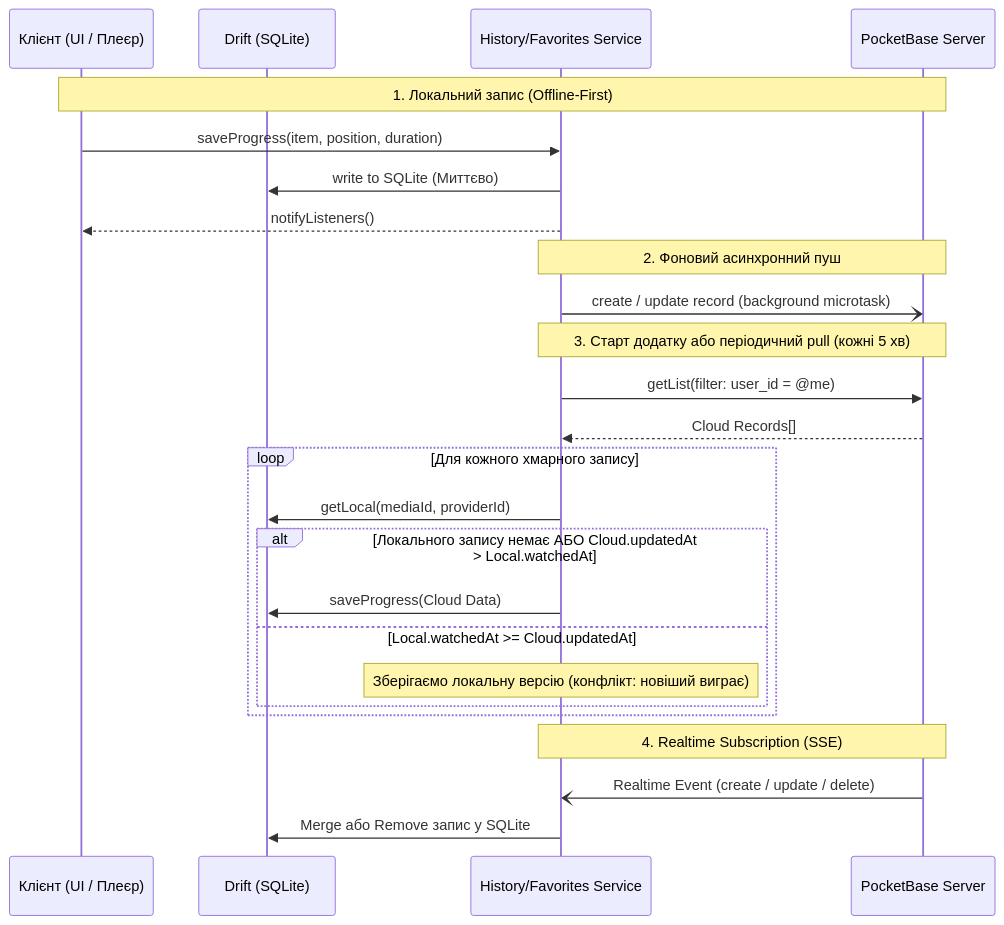
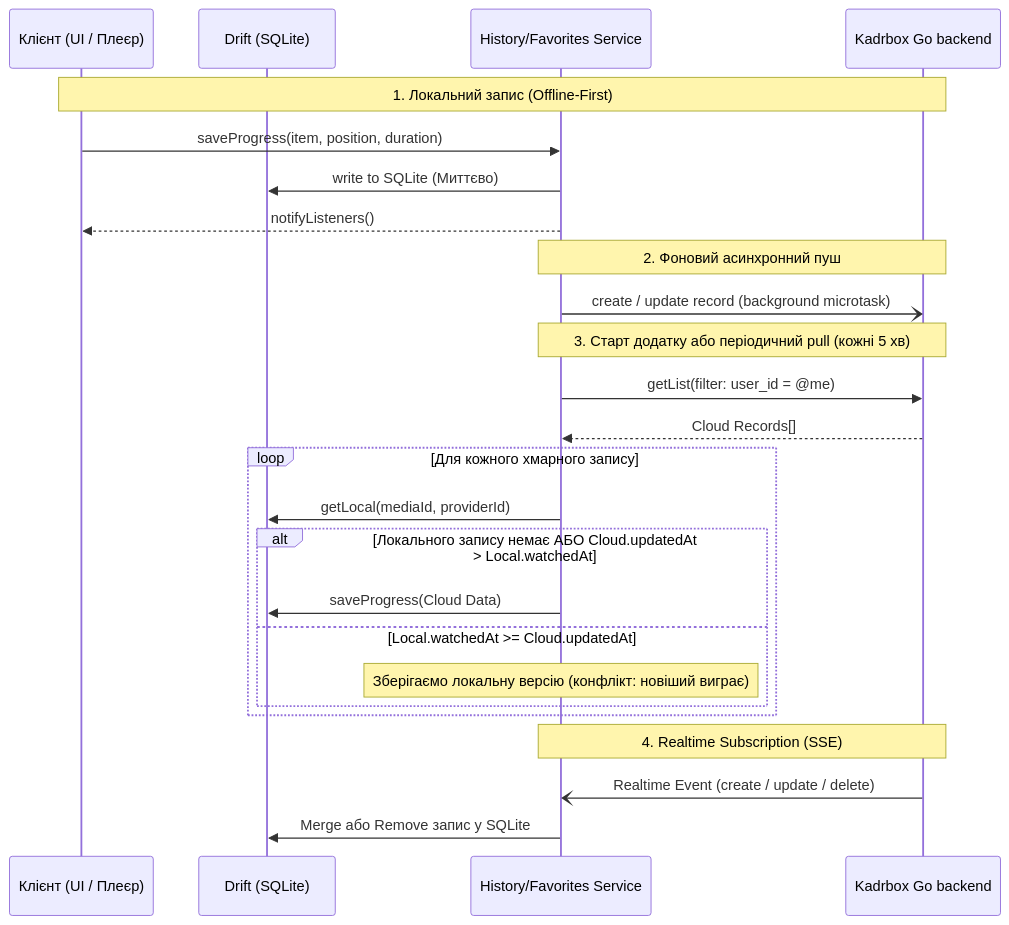
Before and after one commit to edhases/kadrbox: the third of 4 diagrams in docs/03_DATABASE_SYNC_AND_CORE_SERVICES.md, drawn with Mermaid. The commit also changed other lines of this file and 17 other files, not shown here.

````diff
--- a/docs/03_DATABASE_SYNC_AND_CORE_SERVICES.md
+++ b/docs/03_DATABASE_SYNC_AND_CORE_SERVICES.md
@@ -262,31 +262,31 @@
 ```mermaid
 sequenceDiagram
     participant UI as Клієнт (UI / Плеєр)
     participant LocalDB as Drift (SQLite)
     participant Service as History/Favorites Service
-    participant PB as PocketBase Server
+    participant PB as Kadrbox Go backend
 
     Note over UI, PB: 1. Локальний запис (Offline-First)
     UI->>Service: saveProgress(item, position, duration)
     Service->>LocalDB: write to SQLite (Миттєво)
     Service-->>UI: notifyListeners()
     
     Note over Service, PB: 2. Фоновий асинхронний пуш
     Service-)PB: create / update record (background microtask)
 
     Note over Service, PB: 3. Старт додатку або періодичний pull (кожні 5 хв)
     Service->>PB: getList(filter: user_id = @me)
     PB-->>Service: Cloud Records[]
     loop Для кожного хмарного запису
         Service->>LocalDB: getLocal(mediaId, providerId)
         alt Локального запису немає АБО Cloud.updatedAt > Local.watchedAt
             Service->>LocalDB: saveProgress(Cloud Data)
         else Local.watchedAt >= Cloud.updatedAt
             Note over Service: Зберігаємо локальну версію (конфлікт: новіший виграє)
         end
     end
 
     Note over Service, PB: 4. Realtime Subscription (SSE)
     PB-)Service: Realtime Event (create / update / delete)
     Service->>LocalDB: Merge або Remove запис у SQLite
 ```
````
